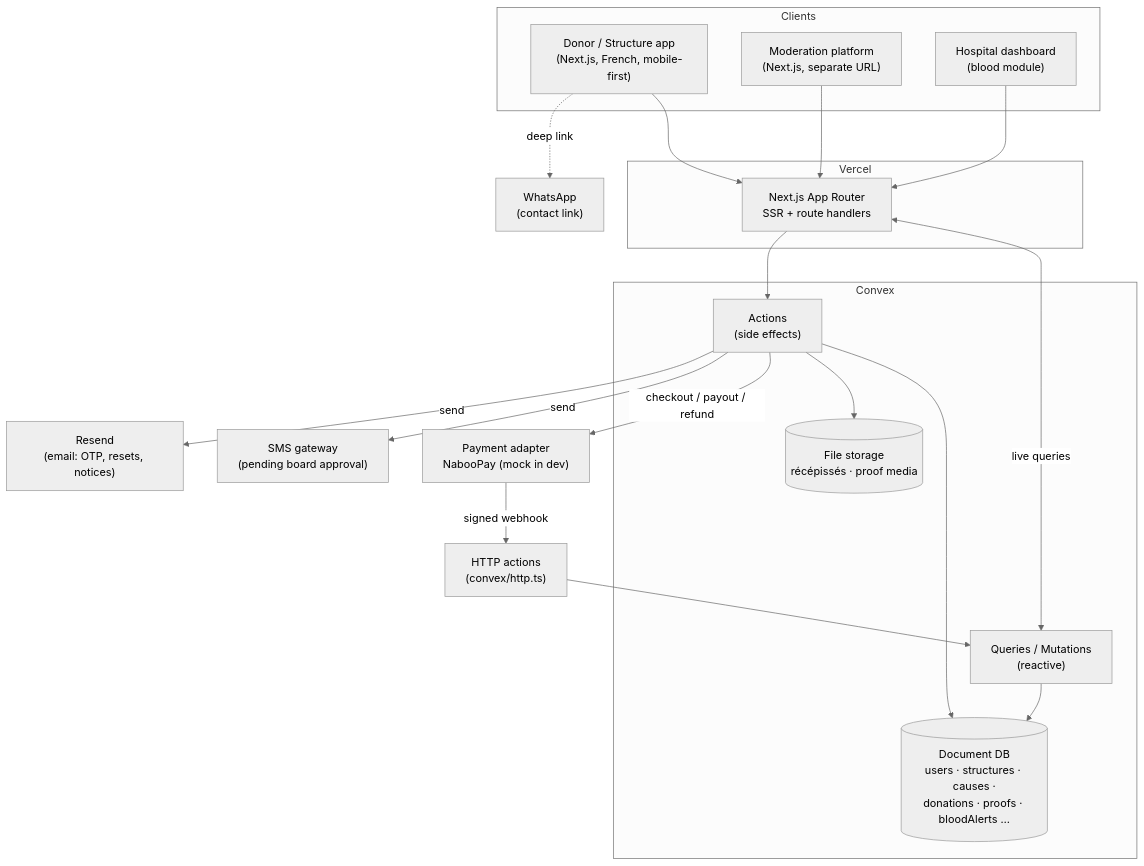
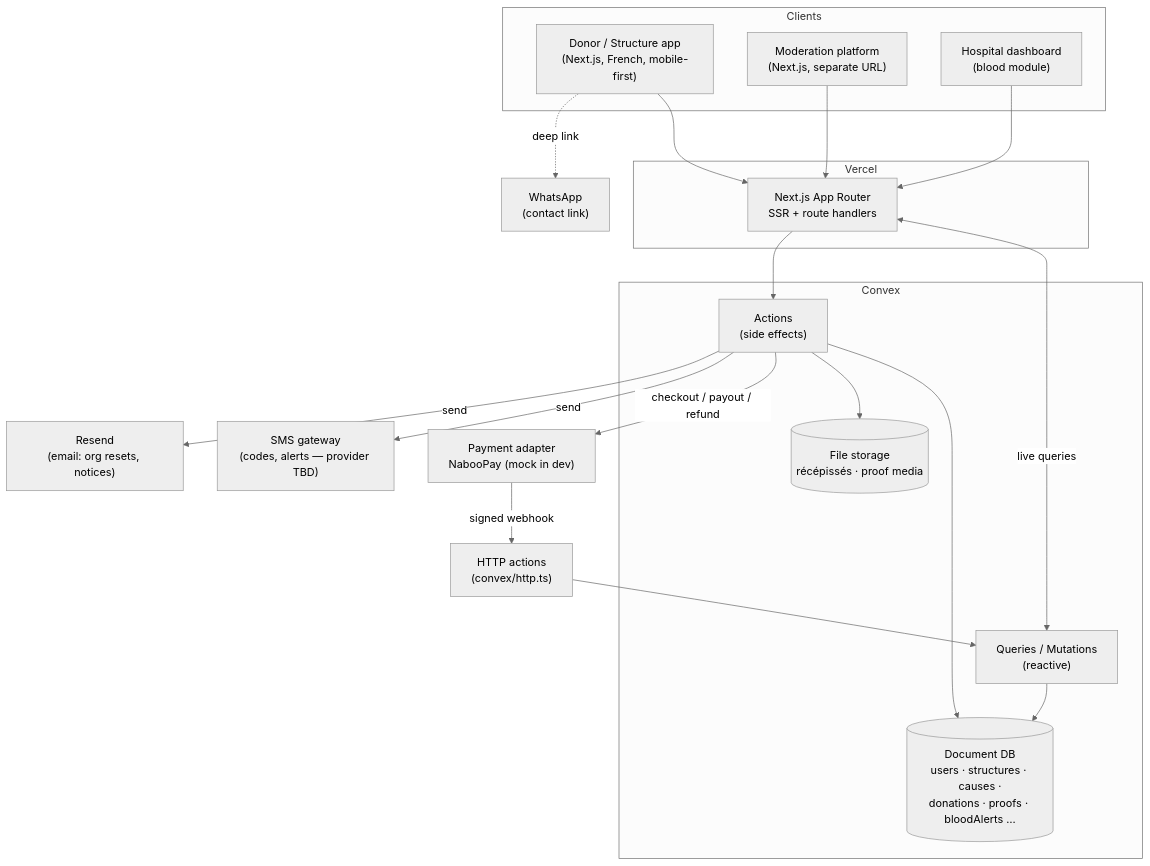
One commit to jeftech-dev/SUNUSOCIAL changed the diagram in docs/ARCHITECTURE.md. Above: the diagram before and after it, drawn with Mermaid (neutral theme). The commit also changed other lines of this file and 121 other files, not shown here.

````diff
--- a/docs/ARCHITECTURE.md
+++ b/docs/ARCHITECTURE.md
@@ -18,40 +18,40 @@
 ```mermaid
 graph TD
   subgraph Clients
     D["Donor / Structure app<br/>(Next.js, French, mobile-first)"]
     M["Moderation platform<br/>(Next.js, separate URL)"]
     H["Hospital dashboard<br/>(blood module)"]
   end
 
   subgraph Vercel
     N["Next.js App Router<br/>SSR + route handlers"]
   end
 
   subgraph Convex
     Q["Queries / Mutations<br/>(reactive)"]
     A["Actions<br/>(side effects)"]
     DB[("Document DB<br/>users · structures · causes ·<br/>donations · proofs · bloodAlerts …")]
     FS[("File storage<br/>récépissés · proof media")]
   end
 
   PAY["Payment adapter<br/>NabooPay (mock in dev)"]
-  SMS["SMS gateway<br/>(pending board approval)"]
-  MAIL["Resend<br/>(email: OTP, resets, notices)"]
+  SMS["SMS gateway<br/>(codes, alerts — provider TBD)"]
+  MAIL["Resend<br/>(email: org resets, notices)"]
   WA["WhatsApp<br/>(contact link)"]
 
   D --> N
   M --> N
   H --> N
   N <-->|"live queries"| Q
   N --> A
   Q --> DB
   A --> DB
   A --> FS
   H2["HTTP actions<br/>(convex/http.ts)"]
   A -->|"checkout / payout / refund"| PAY
   PAY -->|"signed webhook"| H2
   H2 --> Q
   A -->|"send"| SMS
   A -->|"send"| MAIL
   D -.->|"deep link"| WA
 ```
````
